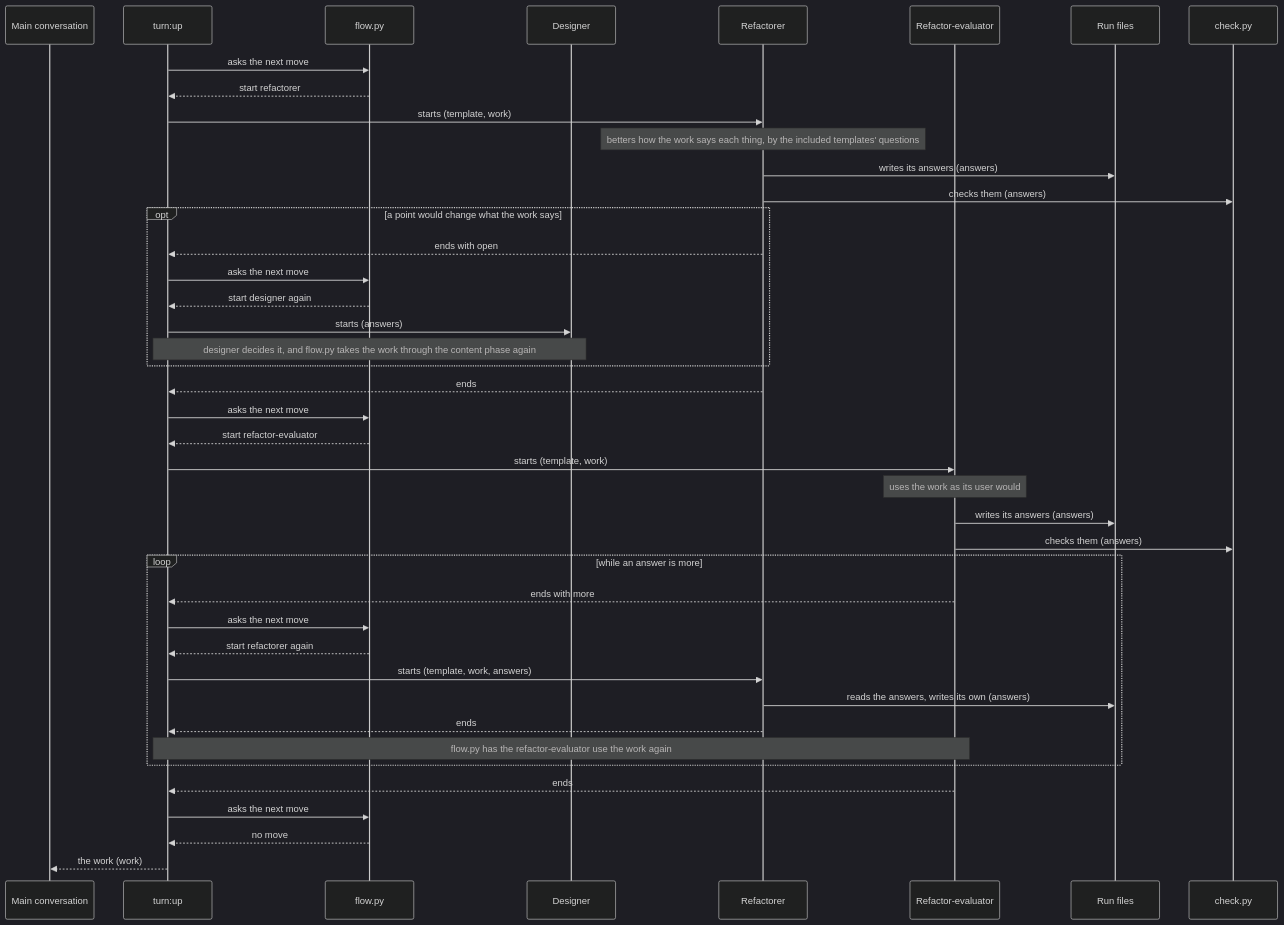
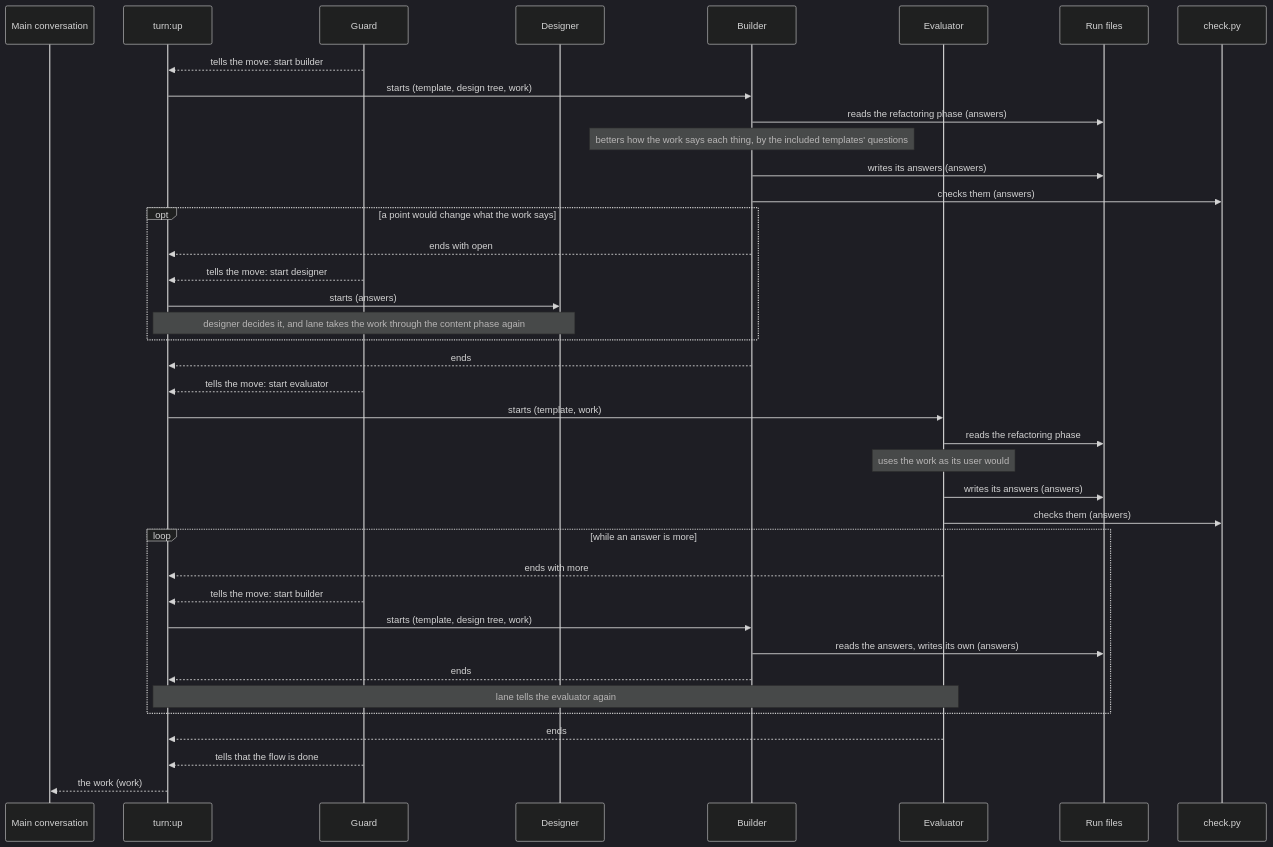
One commit to lovaizu/ccpm changed the fifth of 6 diagrams in dev/turn/architecture.md. Above: the diagram before and after it, drawn with Mermaid (dark theme). The commit also changed other lines of this file and 3 other files, not shown here.

````diff
--- a/dev/turn/architecture.md
+++ b/dev/turn/architecture.md
@@ -372,44 +376,41 @@
 ```mermaid
 sequenceDiagram
   participant M as Main conversation
   participant U as turn:up
-  participant F as flow.py
+  participant G as Guard
   participant D as Designer
-  participant RF as Refactorer
-  participant RE as Refactor-evaluator
+  participant B as Builder
+  participant E as Evaluator
   participant R as Run files
   participant C as check.py
-  U->>F: asks the next move
-  F-->>U: start refactorer
-  U->>RF: starts (template, work)
-  Note over RF: betters how the work says each thing, by the included templates' questions
-  RF->>R: writes its answers (answers)
-  RF->>C: checks them (answers)
+  G-->>U: tells the move: start builder
+  U->>B: starts (template, design tree, work)
+  B->>R: reads the refactoring phase (answers)
+  Note over B: betters how the work says each thing, by the included templates' questions
+  B->>R: writes its answers (answers)
+  B->>C: checks them (answers)
   opt a point would change what the work says
-    RF-->>U: ends with open
-    U->>F: asks the next move
-    F-->>U: start designer again
+    B-->>U: ends with open
+    G-->>U: tells the move: start designer
     U->>D: starts (answers)
-    Note over U,D: designer decides it, and flow.py takes the work through the content phase again
+    Note over U,D: designer decides it, and lane takes the work through the content phase again
   end
-  RF-->>U: ends
-  U->>F: asks the next move
-  F-->>U: start refactor-evaluator
-  U->>RE: starts (template, work)
-  Note over RE: uses the work as its user would
-  RE->>R: writes its answers (answers)
-  RE->>C: checks them (answers)
+  B-->>U: ends
+  G-->>U: tells the move: start evaluator
+  U->>E: starts (template, work)
+  E->>R: reads the refactoring phase
+  Note over E: uses the work as its user would
+  E->>R: writes its answers (answers)
+  E->>C: checks them (answers)
   loop while an answer is more
-    RE-->>U: ends with more
-    U->>F: asks the next move
-    F-->>U: start refactorer again
-    U->>RF: starts (template, work, answers)
-    RF->>R: reads the answers, writes its own (answers)
-    RF-->>U: ends
-    Note over U,RE: flow.py has the refactor-evaluator use the work again
+    E-->>U: ends with more
+    G-->>U: tells the move: start builder
+    U->>B: starts (template, design tree, work)
+    B->>R: reads the answers, writes its own (answers)
+    B-->>U: ends
+    Note over U,E: lane tells the evaluator again
   end
-  RE-->>U: ends
-  U->>F: asks the next move
-  F-->>U: no move
+  E-->>U: ends
+  G-->>U: tells that the flow is done
   U-->>M: the work (work)
 ```
````
